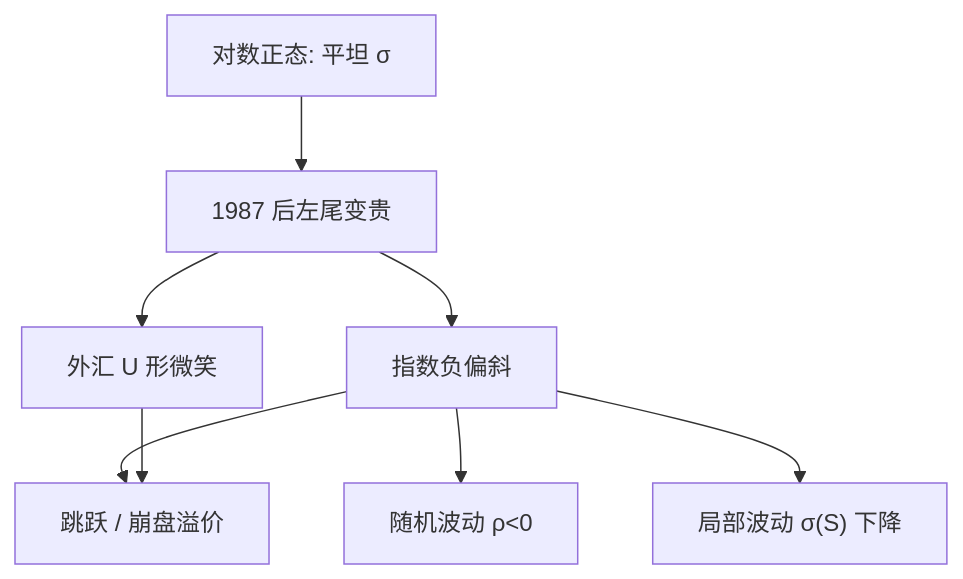
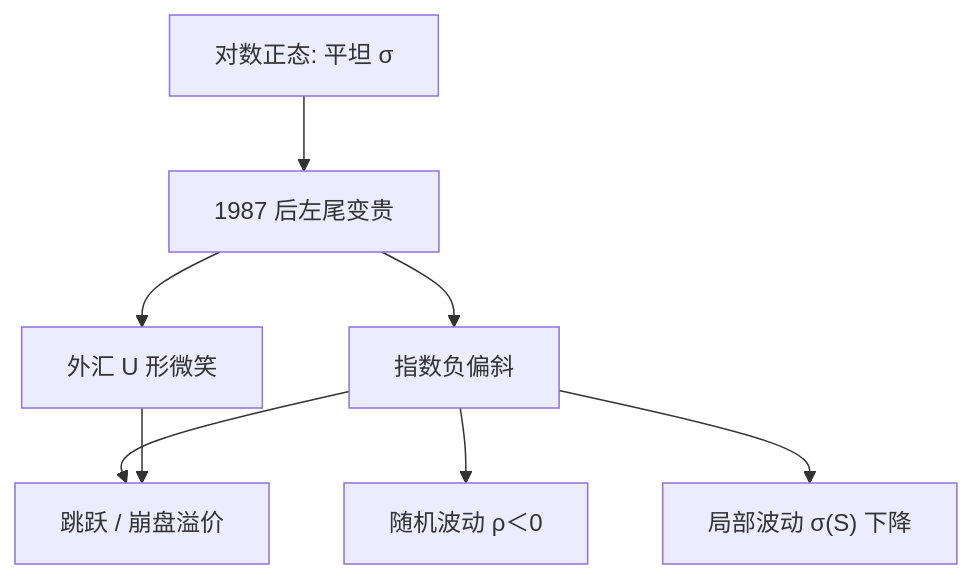
One commit to xhongduo-tech/xhongduo-tech.github.io changed the diagram in docs/quant/vol-skew.md. Above: the diagram before and after it, drawn with Mermaid. The commit also changed other lines of this file and 772 other files, not shown here.

````diff
--- a/docs/quant/vol-skew.md
+++ b/docs/quant/vol-skew.md
@@ -46,10 +46,10 @@
 ```mermaid
 flowchart TD
   LN["对数正态: 平坦 σ"] --> Crash["1987 后左尾变贵"]
   Crash --> Skew["指数负偏斜"]
   Crash --> Smile["外汇 U 形微笑"]
   Skew --> Jump["跳跃 / 崩盘溢价"]
-  Skew --> SV["随机波动 ρ<0"]
+  Skew --> SV["随机波动 ρ＜0"]
   Skew --> LV["局部波动 σ(S) 下降"]
   Smile --> Jump
 ```
````
